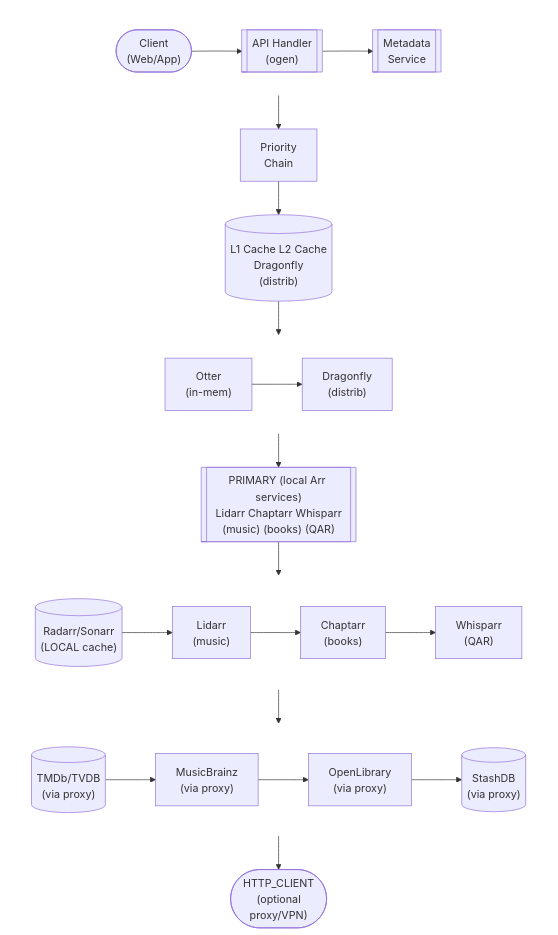
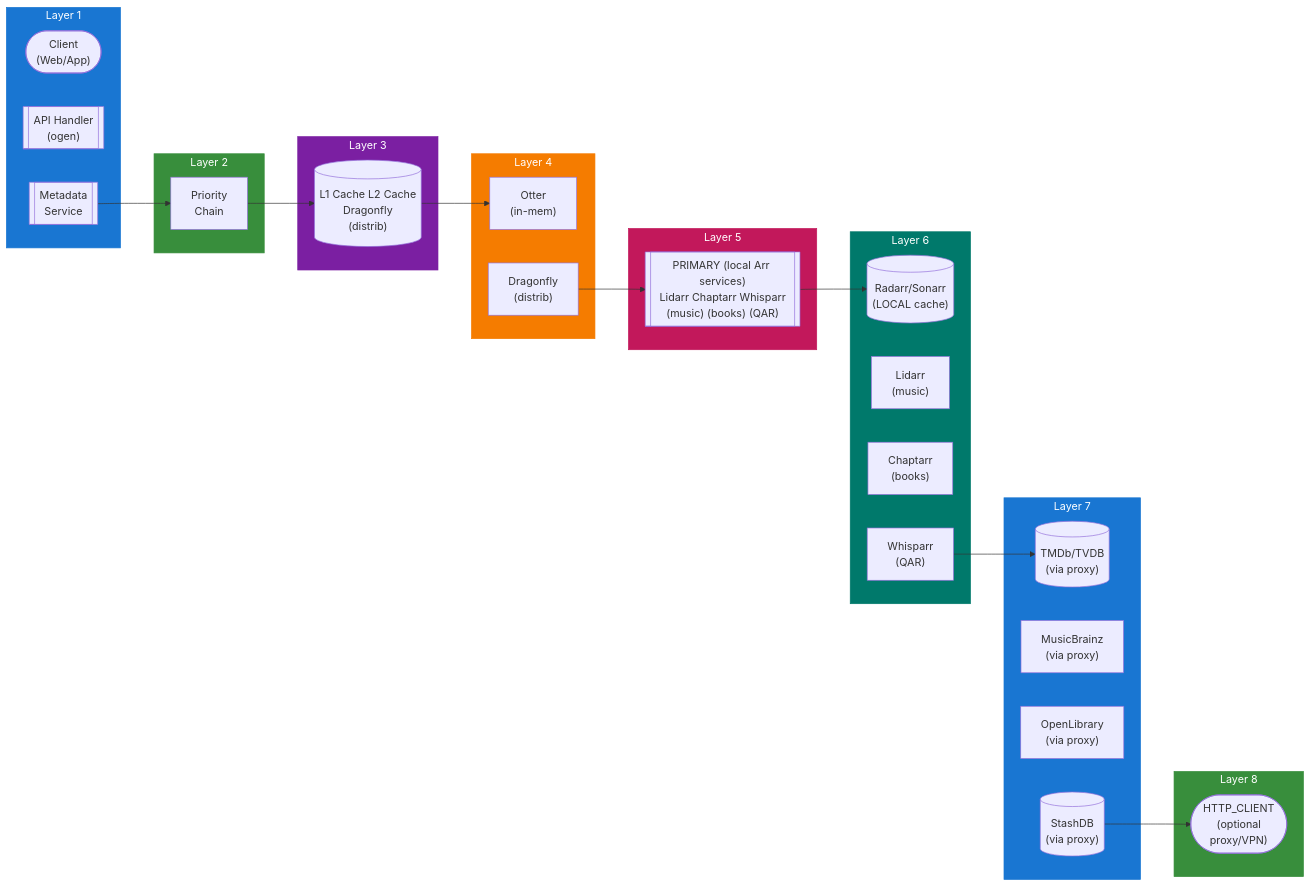
One commit to lusoris/revenge changed the diagram in docs/dev/design/services/METADATA.md. Above: the diagram before and after it, drawn with Mermaid. The commit also changed 215 other files, not shown here.

First line of the commit message:
feat(diagrams): convert all ASCII diagrams to Mermaid with LR subgraphs

````diff
--- a/docs/dev/design/services/METADATA.md
+++ b/docs/dev/design/services/METADATA.md
@@ -62,54 +62,62 @@
 ```mermaid
-flowchart TD
-    subgraph row1[ ]
-        direction LR
+flowchart LR
+    subgraph Layer1["Layer 1"]
         node1(["Client<br/>(Web/App)"])
         node2[["API Handler<br/>(ogen)"]]
         node3[["Metadata<br/>Service"]]
     end
-    node4["Priority<br/>Chain"]
-    node5[("L1 Cache L2 Cache<br/>Dragonfly<br/>(distrib)")]
-    subgraph row2[ ]
-        direction LR
+
+    subgraph Layer2["Layer 2"]
+        node4["Priority<br/>Chain"]
+    end
+
+    subgraph Layer3["Layer 3"]
+        node5[("L1 Cache L2 Cache<br/>Dragonfly<br/>(distrib)")]
+    end
+
+    subgraph Layer4["Layer 4"]
         node6["Otter<br/>(in-mem)"]
         node7["Dragonfly<br/>(distrib)"]
     end
-    node8[["PRIMARY (local Arr services)<br/>Lidarr Chaptarr Whisparr<br/>(music) (books) (QAR)"]]
-    subgraph row3[ ]
-        direction LR
+
+    subgraph Layer5["Layer 5"]
+        node8[["PRIMARY (local Arr services)<br/>Lidarr Chaptarr Whisparr<br/>(music) (books) (QAR)"]]
+    end
+
+    subgraph Layer6["Layer 6"]
         node9[("Radarr/Sonarr<br/>(LOCAL cache)")]
         node10["Lidarr<br/>(music)"]
         node11["Chaptarr<br/>(books)"]
         node12["Whisparr<br/>(QAR)"]
     end
-    subgraph row4[ ]
-        direction LR
+
+    subgraph Layer7["Layer 7"]
         node13[("TMDb/TVDB<br/>(via proxy)")]
         node14["MusicBrainz<br/>(via proxy)"]
         node15["OpenLibrary<br/>(via proxy)"]
         node16[("StashDB<br/>(via proxy)")]
     end
-    node17(["HTTP_CLIENT<br/>(optional<br/>proxy/VPN)"])
-    node1 --> node2
-    node2 --> node3
-    node6 --> node7
-    node9 --> node10
-    node10 --> node11
-    node11 --> node12
-    node13 --> node14
-    node14 --> node15
-    node15 --> node16
+
+    subgraph Layer8["Layer 8"]
+        node17(["HTTP_CLIENT<br/>(optional<br/>proxy/VPN)"])
+    end
+
+    %% Connections
     node3 --> node4
     node4 --> node5
     node5 --> node6
     node7 --> node8
     node8 --> node9
     node12 --> node13
     node16 --> node17
 
-    %% Hide row subgraph borders
-    style row1 fill:transparent,stroke:transparent
-    style row2 fill:transparent,stroke:transparent
-    style row3 fill:transparent,stroke:transparent
-    style row4 fill:transparent,stroke:transparent
+    %% Styling
+    style Layer1 fill:#1976D2,stroke:#1976D2,color:#fff
+    style Layer2 fill:#388E3C,stroke:#388E3C,color:#fff
+    style Layer3 fill:#7B1FA2,stroke:#7B1FA2,color:#fff
+    style Layer4 fill:#F57C00,stroke:#F57C00,color:#fff
+    style Layer5 fill:#C2185B,stroke:#C2185B,color:#fff
+    style Layer6 fill:#00796B,stroke:#00796B,color:#fff
+    style Layer7 fill:#1976D2,stroke:#1976D2,color:#fff
+    style Layer8 fill:#388E3C,stroke:#388E3C,color:#fff
 ```
````
